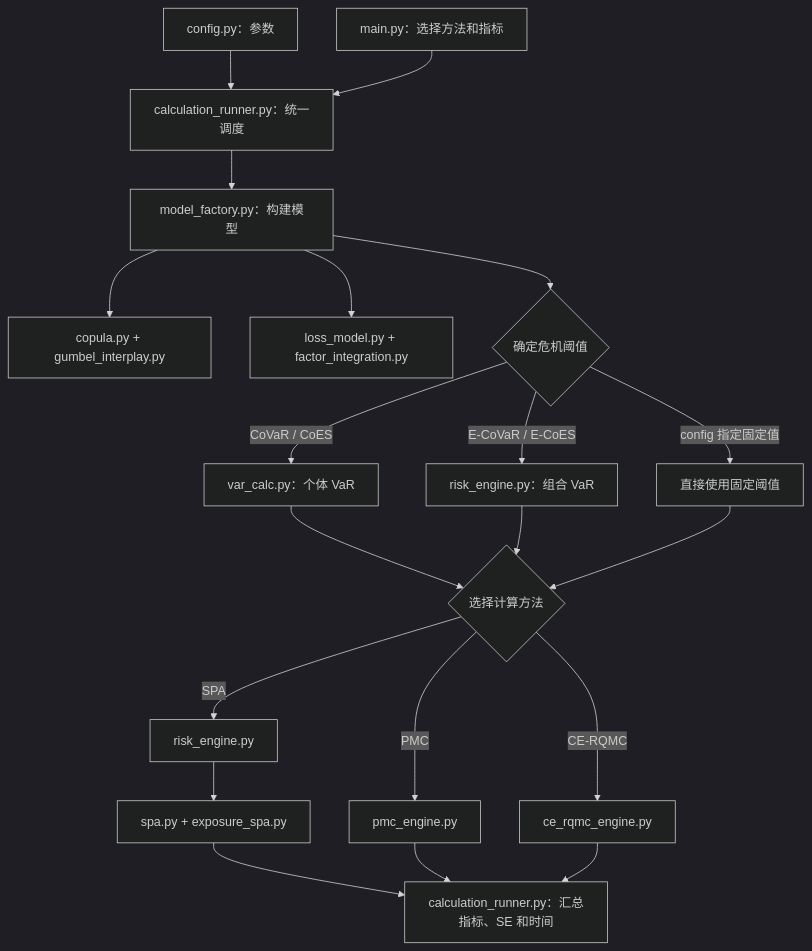
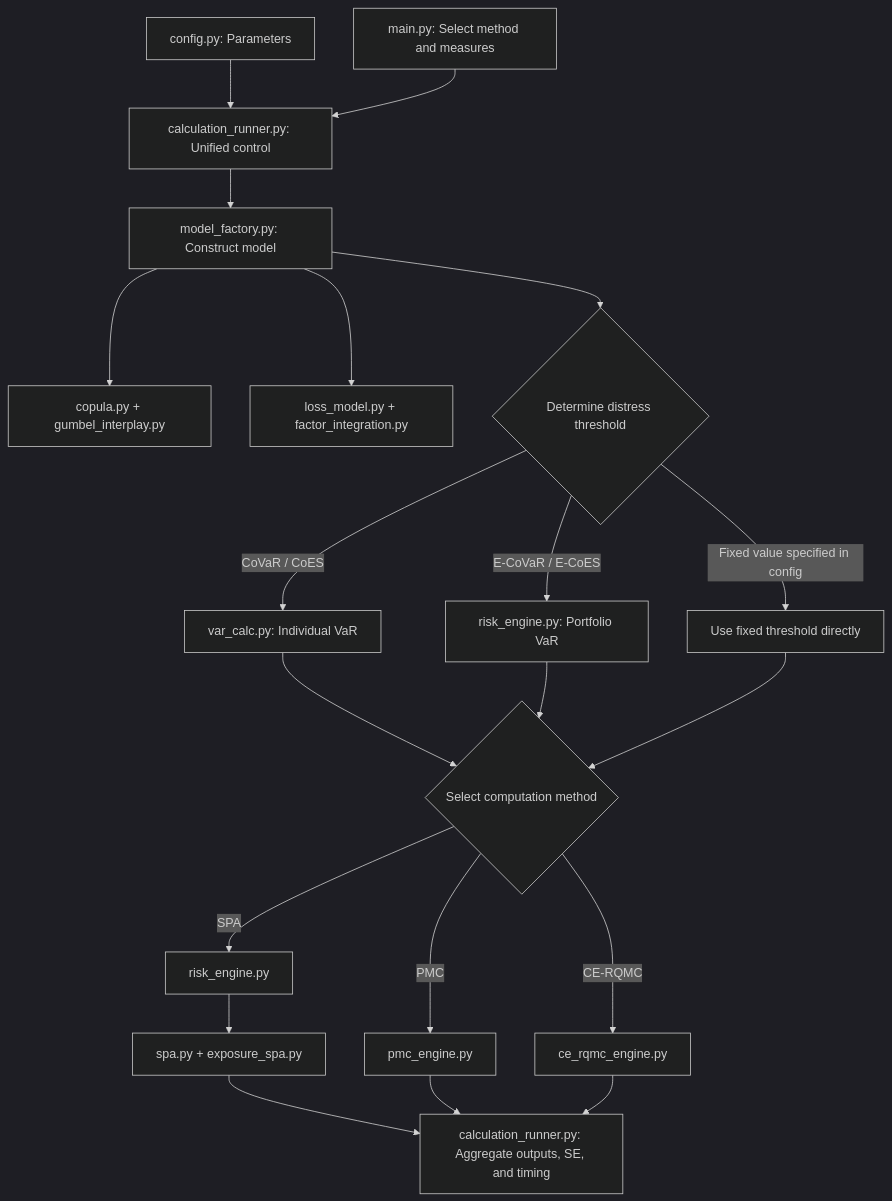
Before and after one commit to jaydenzawang/CoVaR: the diagram in README.md, drawn with Mermaid (dark theme). The commit also changed other lines of this file, not shown here.

````diff
--- a/README.md
+++ b/README.md
@@ -220,22 +41,22 @@
 ```mermaid
 flowchart TD
-    A[config.py：参数] --> C[calculation_runner.py：统一调度]
-    B[main.py：选择方法和指标] --> C
-    C --> D[model_factory.py：构建模型]
+    A[config.py: Parameters] --> C[calculation_runner.py: Unified control]
+    B[main.py: Select method and measures] --> C
+    C --> D[model_factory.py: Construct model]
     D --> E[copula.py + gumbel_interplay.py]
     D --> F[loss_model.py + factor_integration.py]
-    D --> T{确定危机阈值}
-    T -->|CoVaR / CoES| V[var_calc.py：个体 VaR]
-    T -->|E-CoVaR / E-CoES| L[risk_engine.py：组合 VaR]
-    T -->|config 指定固定值| X[直接使用固定阈值]
-    V --> M{选择计算方法}
+    D --> T{Determine distress threshold}
+    T -->|CoVaR / CoES| V[var_calc.py: Individual VaR]
+    T -->|E-CoVaR / E-CoES| L[risk_engine.py: Portfolio VaR]
+    T -->|Fixed value specified in config| X[Use fixed threshold directly]
+    V --> M{Select computation method}
     L --> M
     X --> M
     M -->|SPA| S[risk_engine.py]
     S --> SS[spa.py + exposure_spa.py]
     M -->|PMC| P[pmc_engine.py]
     M -->|CE-RQMC| Q[ce_rqmc_engine.py]
-    SS --> O[calculation_runner.py：汇总指标、SE 和时间]
+    SS --> O[calculation_runner.py: Aggregate outputs, SE, and timing]
     P --> O
     Q --> O
 ```
````
